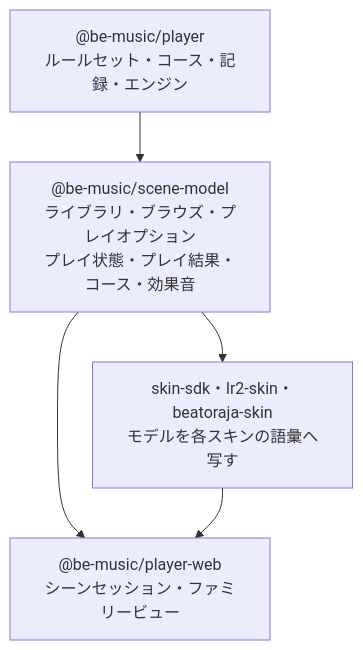
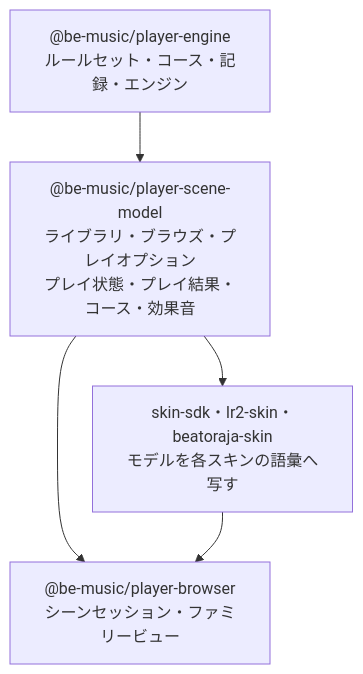
One commit to nulltask/be-music changed the first of 3 diagrams in docs/scene-model.ja.md. Above: the diagram before and after it, drawn with Mermaid. The commit also changed other lines of this file and 2542 other files, not shown here.

````diff
--- a/docs/scene-model.ja.md
+++ b/docs/scene-model.ja.md
@@ -11,12 +11,12 @@
 ```mermaid
 flowchart TD
-  player["@be-music/player<br/>ルールセット・コース・記録・エンジン"]
-  model["@be-music/scene-model<br/>ライブラリ・ブラウズ・プレイオプション<br/>プレイ状態・プレイ結果・コース・効果音"]
+  player["@be-music/player-engine<br/>ルールセット・コース・記録・エンジン"]
+  model["@be-music/player-scene-model<br/>ライブラリ・ブラウズ・プレイオプション<br/>プレイ状態・プレイ結果・コース・効果音"]
   skins["skin-sdk・lr2-skin・beatoraja-skin<br/>モデルを各スキンの語彙へ写す"]
-  sessions["@be-music/player-web<br/>シーンセッション・ファミリービュー"]
+  sessions["@be-music/player-browser<br/>シーンセッション・ファミリービュー"]
 
   player --> model
   model --> skins
   model --> sessions
   skins --> sessions
 ```
````
